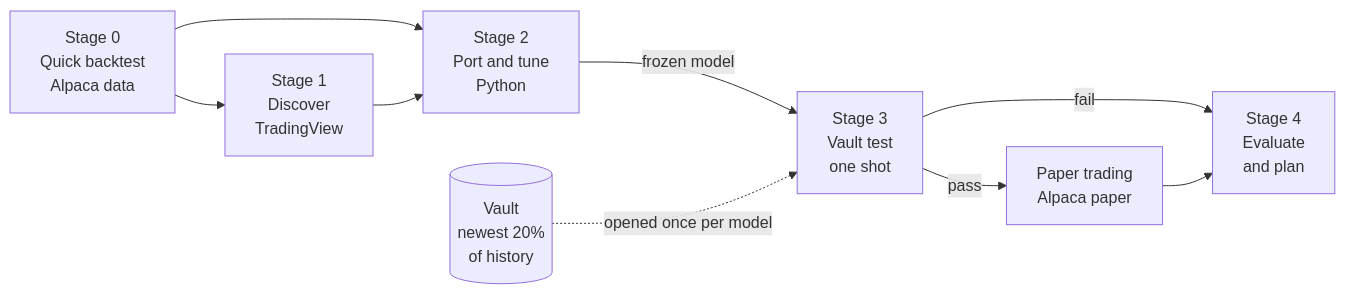
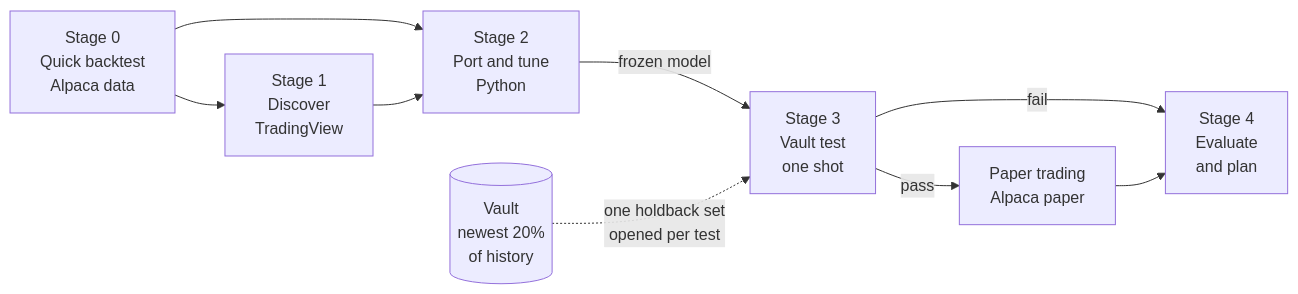
One commit to GauntletBot/trading-strategies changed the diagram in docs/intro/01-overview.md. Above: the diagram before and after it, drawn with Mermaid. The commit also changed other lines of this file and 3 other files, not shown here.

````diff
--- a/docs/intro/01-overview.md
+++ b/docs/intro/01-overview.md
@@ -26,18 +26,18 @@
 ```mermaid
 flowchart LR
   V[(Vault<br/>newest 20%<br/>of history)]
   S0[Stage 0<br/>Quick backtest<br/>Alpaca data]
   S1[Stage 1<br/>Discover<br/>TradingView]
   S2[Stage 2<br/>Port and tune<br/>Python]
   S3[Stage 3<br/>Vault test<br/>one shot]
   P[Paper trading<br/>Alpaca paper]
   S4[Stage 4<br/>Evaluate<br/>and plan]
   S0 --> S1
   S0 --> S2
   S1 --> S2
   S2 -- frozen model --> S3
-  V -. opened once per model .-> S3
+  V -. one holdback set<br/>opened per test .-> S3
   S3 -- pass --> P
   S3 -- fail --> S4
   P --> S4
 ```
````
